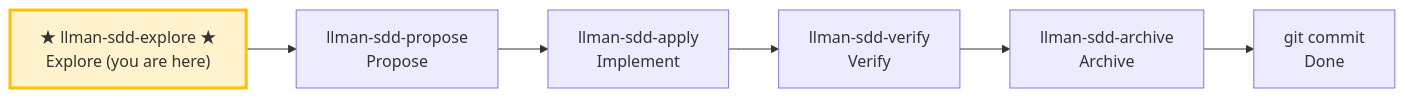
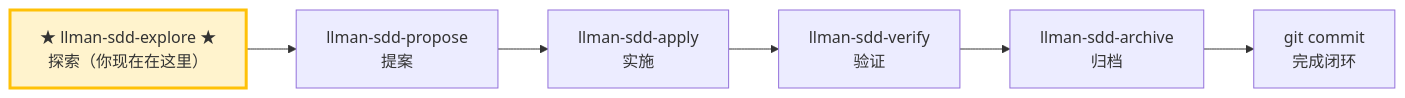
One commit to StrayDragon/crystalith changed the diagram in .agents/skills/llman-sdd-explore/SKILL.md. Above: the diagram before and after it, drawn with Mermaid. The commit also changed other lines of this file and 12 other files, not shown here.

Commit message:
agentdev: update llman sdd skills

````diff
--- a/.agents/skills/llman-sdd-explore/SKILL.md
+++ b/.agents/skills/llman-sdd-explore/SKILL.md
@@ -20,11 +20,11 @@
 ```mermaid
 flowchart LR
-    explore["★ llman-sdd-explore ★<br/>Explore (you are here)"]
-    explore --> propose["llman-sdd-propose<br/>Propose"]
-    propose --> apply["llman-sdd-apply<br/>Implement"]
-    apply --> verify["llman-sdd-verify<br/>Verify"]
-    verify --> archive["llman-sdd-archive<br/>Archive"]
-    archive --> commit["git commit<br/>Done"]
+    explore["★ llman-sdd-explore ★<br/>探索（你现在在这里）"]
+    explore --> propose["llman-sdd-propose<br/>提案"]
+    propose --> apply["llman-sdd-apply<br/>实施"]
+    apply --> verify["llman-sdd-verify<br/>验证"]
+    verify --> archive["llman-sdd-archive<br/>归档"]
+    archive --> commit["git commit<br/>完成闭环"]
 
     style explore fill:#fff3cd,stroke:#ffc107,stroke-width:3px
 ```
````
